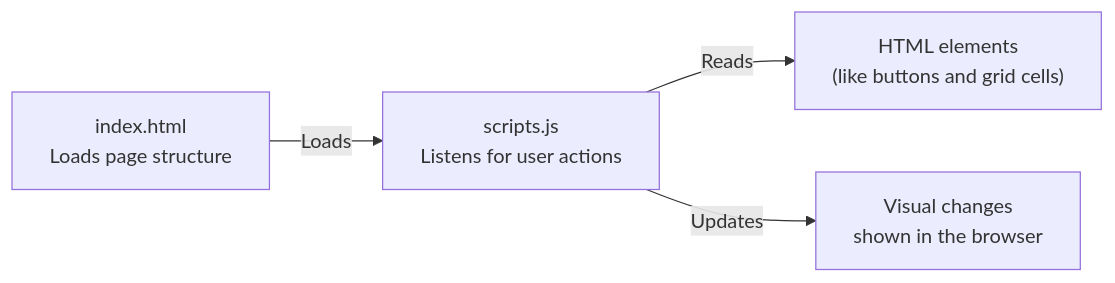
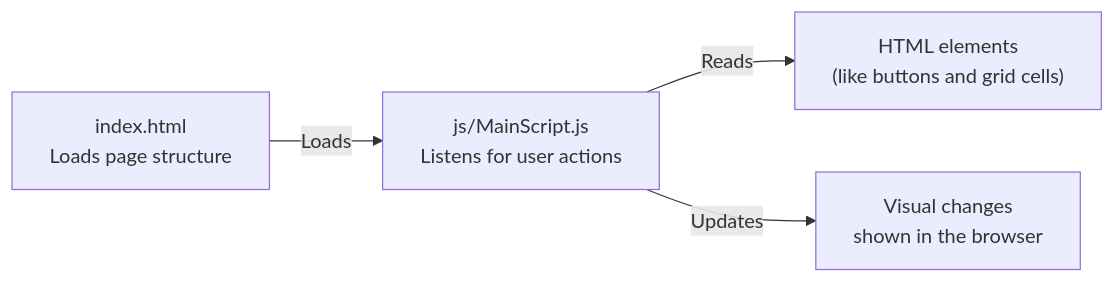
The second of 5 diagrams in frontend/readme.md (jesusroa1/GridFinium), drawn with Mermaid before and after one commit. The commit also changed other lines of this file and 2 other files, not shown here.

Commit message:
Add frontend project plan roadmap

````diff
--- a/frontend/readme.md
+++ b/frontend/readme.md
@@ -26,6 +28,6 @@
 ```mermaid
 flowchart LR
-    H["index.html<br/>Loads page structure"] -->|Loads| S["scripts.js<br/>Listens for user actions"]
+    H["index.html<br/>Loads page structure"] -->|Loads| S["js/MainScript.js<br/>Listens for user actions"]
     S -->|Reads| G["HTML elements<br/>(like buttons and grid cells)"]
     S -->|Updates| V["Visual changes<br/>shown in the browser"]
 ```
````
